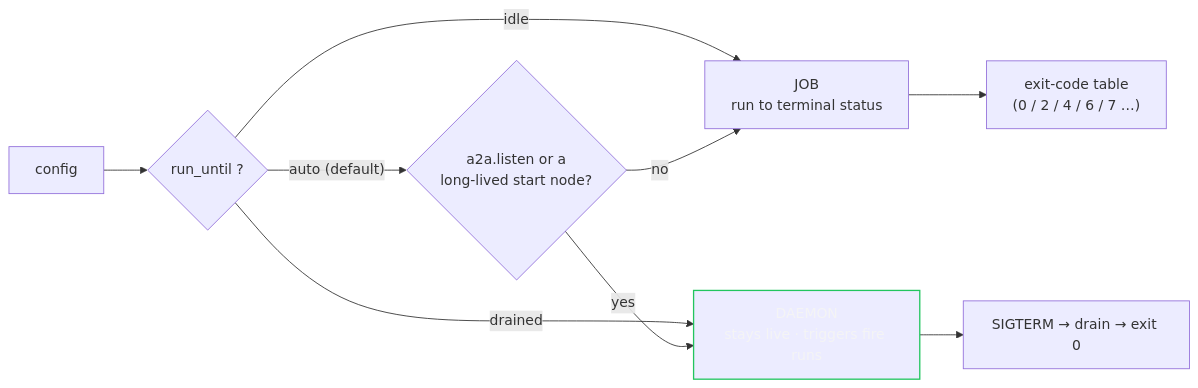
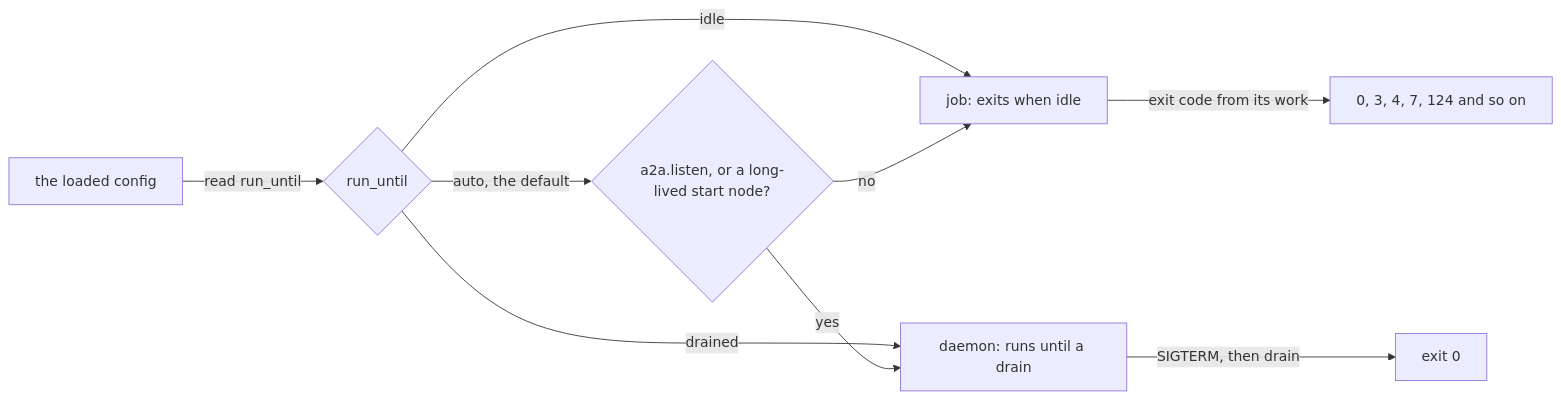
The diagram in docs/modes-and-triggers.md (agentd-dev/source-code), drawn with Mermaid before and after one commit. The commit also changed other lines of this file and 110 other files, not shown here.

````diff
--- a/docs/modes-and-triggers.md
+++ b/docs/modes-and-triggers.md
@@ -34,13 +26,11 @@
 ```mermaid
 flowchart LR
-  cfg["config"] --> ru{"run_until ?"}
-  ru -->|idle| job
-  ru -->|drained| daemon
-  ru -->|"auto (default)"| auto{"a2a.listen or a<br/>long-lived start node?"}
-  auto -->|no| job["JOB<br/>run to terminal status"]
-  auto -->|yes| daemon["DAEMON<br/>stays live · triggers fire runs"]
-  job --> code["exit-code table<br/>(0 / 2 / 4 / 6 / 7 …)"]
-  daemon --> drain["SIGTERM → drain → exit 0"]
-  classDef accent stroke:#22c55e,stroke-width:1.5px,color:#f4f4f5;
-  class daemon accent;
+  CFG["the loaded config"] -->|"read run_until"| RU{"run_until"}
+  RU -->|"idle"| JOB["job: exits when idle"]
+  RU -->|"drained"| DAEMON["daemon: runs until a drain"]
+  RU -->|"auto, the default"| AUTO{"a2a.listen, or a long-lived start node?"}
+  AUTO -->|"no"| JOB
+  AUTO -->|"yes"| DAEMON
+  JOB -->|"exit code from its work"| CODE["0, 3, 4, 7, 124 and so on"]
+  DAEMON -->|"SIGTERM, then drain"| ZERO["exit 0"]
 ```
````
